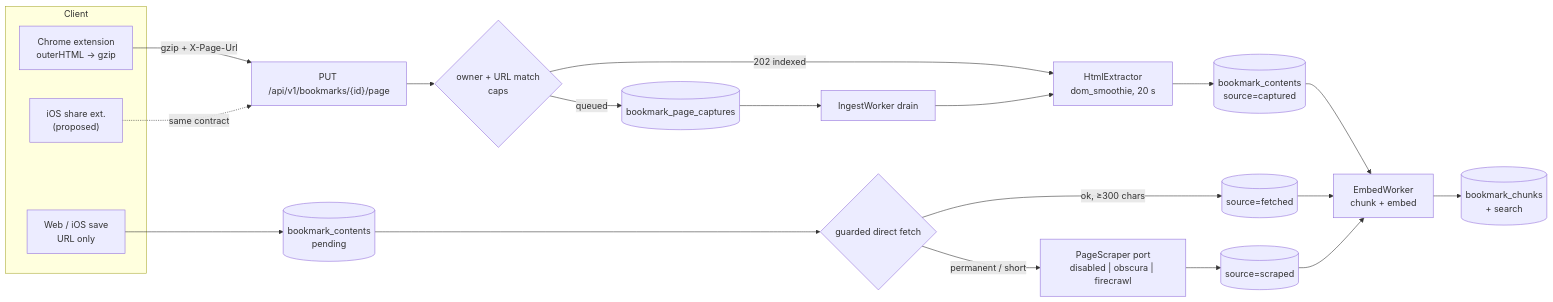
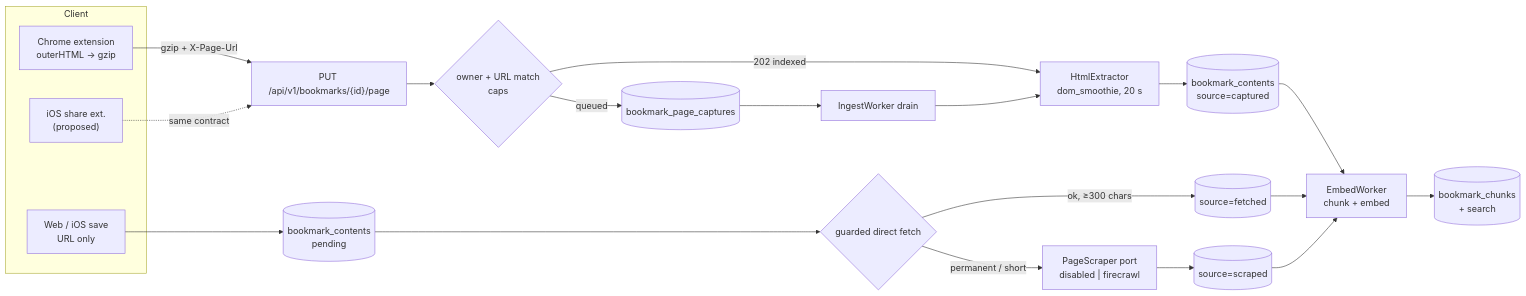
Before and after one commit to willisrocks/boopmark: the diagram in docs/superpowers/specs/2026-11-03-page-capture-design.md, drawn with Mermaid. The commit also changed other lines of this file and 2 other files, not shown here.

First line of the commit message:
Docs: Firecrawl is the page scraper; Obscura is dropped

````diff
--- a/docs/superpowers/specs/2026-11-03-page-capture-design.md
+++ b/docs/superpowers/specs/2026-11-03-page-capture-design.md
@@ -120,27 +120,27 @@
 ```mermaid
 flowchart LR
   subgraph client [Client]
     EXT["Chrome extension<br/>outerHTML → gzip"]
     IOS["iOS share ext.<br/>(proposed)"]
     WEB["Web / iOS save<br/>URL only"]
   end
   PUT["PUT /api/v1/bookmarks/{id}/page"]
   EXT -->|"gzip + X-Page-Url"| PUT
   IOS -.->|"same contract"| PUT
   PUT --> NORM{"owner + URL match<br/>caps"}
   NORM -->|"202 indexed"| EXTRACT
   NORM -->|"queued"| Q[("bookmark_page_captures")]
   Q --> WORK
   EXTRACT["HtmlExtractor<br/>dom_smoothie, 20 s"]
   EXTRACT --> STORE[("bookmark_contents<br/>source=captured")]
   WORK["IngestWorker drain"] --> EXTRACT
   WEB --> QUEUE[("bookmark_contents<br/>pending")]
   QUEUE --> FETCH{"guarded direct fetch"}
   FETCH -->|"ok, ≥300 chars"| STORE2[("source=fetched")]
-  FETCH -->|"permanent / short"| SCRAPE["PageScraper port<br/>disabled | obscura | firecrawl"]
+  FETCH -->|"permanent / short"| SCRAPE["PageScraper port<br/>disabled | firecrawl"]
   SCRAPE --> STORE3[("source=scraped")]
   STORE --> EMBED
   STORE2 --> EMBED
   STORE3 --> EMBED
   EMBED["EmbedWorker<br/>chunk + embed"] --> SEARCH[("bookmark_chunks<br/>+ search")]
 ```
````
